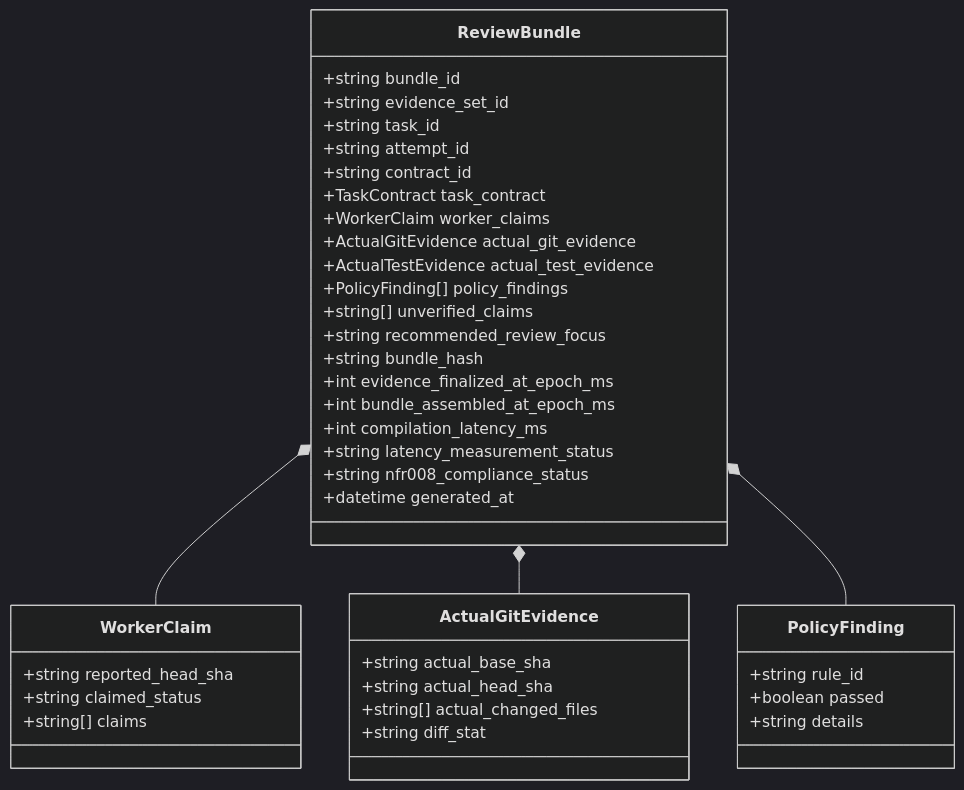
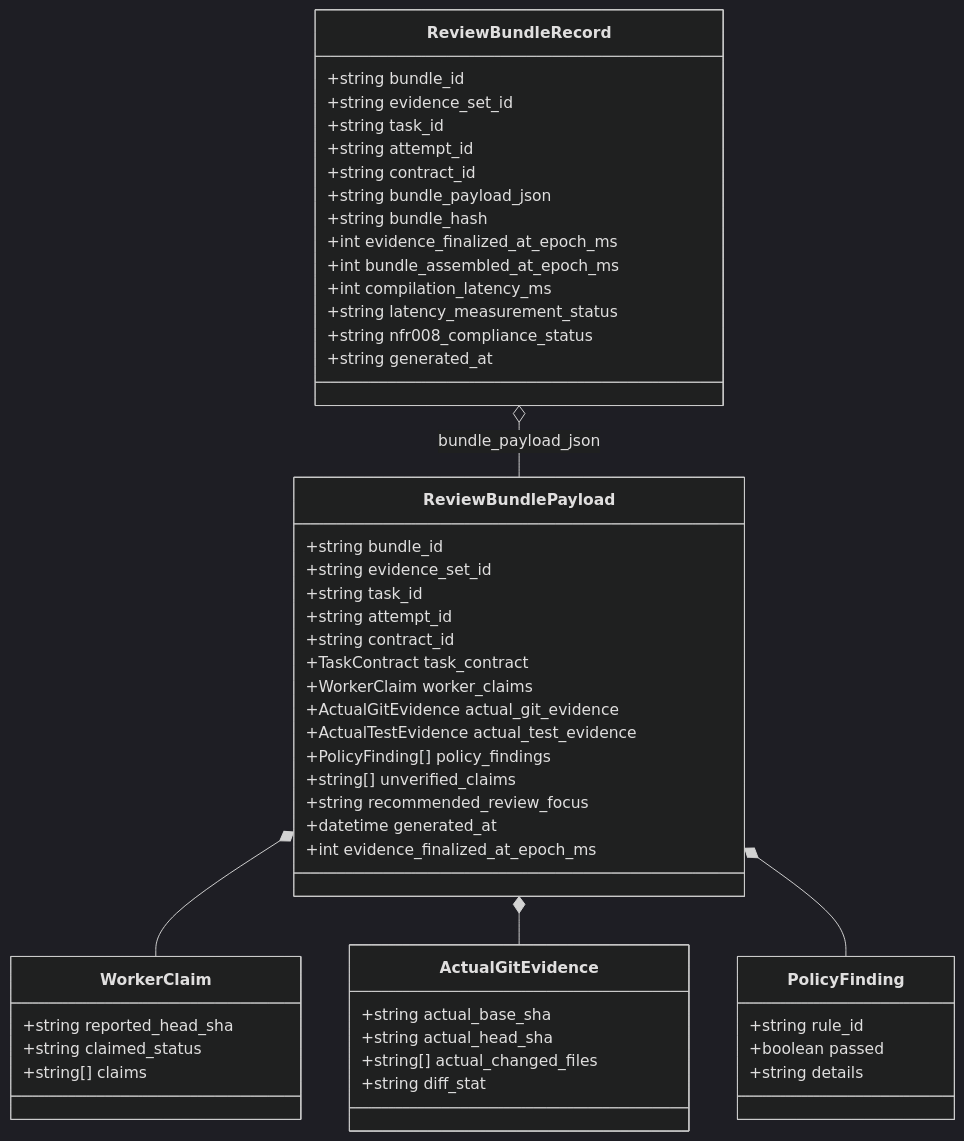
The diagram in docs/10_REVIEW_BUNDLE.md (trungqwe/ai-supervisor), drawn with Mermaid (dark theme) before and after one commit. The commit also changed other lines of this file and 6 other files, not shown here.

````diff
--- a/docs/10_REVIEW_BUNDLE.md
+++ b/docs/10_REVIEW_BUNDLE.md
@@ -19,47 +23,59 @@
 ```mermaid
 classDiagram
-    class ReviewBundle {
+    class ReviewBundlePayload {
         +string bundle_id
         +string evidence_set_id
         +string task_id
         +string attempt_id
         +string contract_id
         +TaskContract task_contract
         +WorkerClaim worker_claims
         +ActualGitEvidence actual_git_evidence
         +ActualTestEvidence actual_test_evidence
         +PolicyFinding[] policy_findings
         +string[] unverified_claims
         +string recommended_review_focus
+        +datetime generated_at
+        +int evidence_finalized_at_epoch_ms
+    }
+
+    class ReviewBundleRecord {
+        +string bundle_id
+        +string evidence_set_id
+        +string task_id
+        +string attempt_id
+        +string contract_id
+        +string bundle_payload_json
         +string bundle_hash
         +int evidence_finalized_at_epoch_ms
         +int bundle_assembled_at_epoch_ms
         +int compilation_latency_ms
         +string latency_measurement_status
         +string nfr008_compliance_status
-        +datetime generated_at
+        +string generated_at
     }
 
     class WorkerClaim {
         +string reported_head_sha
         +string claimed_status
         +string[] claims
     }
 
     class ActualGitEvidence {
         +string actual_base_sha
         +string actual_head_sha
         +string[] actual_changed_files
         +string diff_stat
     }
 
     class PolicyFinding {
         +string rule_id
         +boolean passed
         +string details
     }
 
-    ReviewBundle *-- WorkerClaim
-    ReviewBundle *-- ActualGitEvidence
-    ReviewBundle *-- PolicyFinding
+    ReviewBundlePayload *-- WorkerClaim
+    ReviewBundlePayload *-- ActualGitEvidence
+    ReviewBundlePayload *-- PolicyFinding
+    ReviewBundleRecord o-- ReviewBundlePayload : bundle_payload_json
 ```
````
